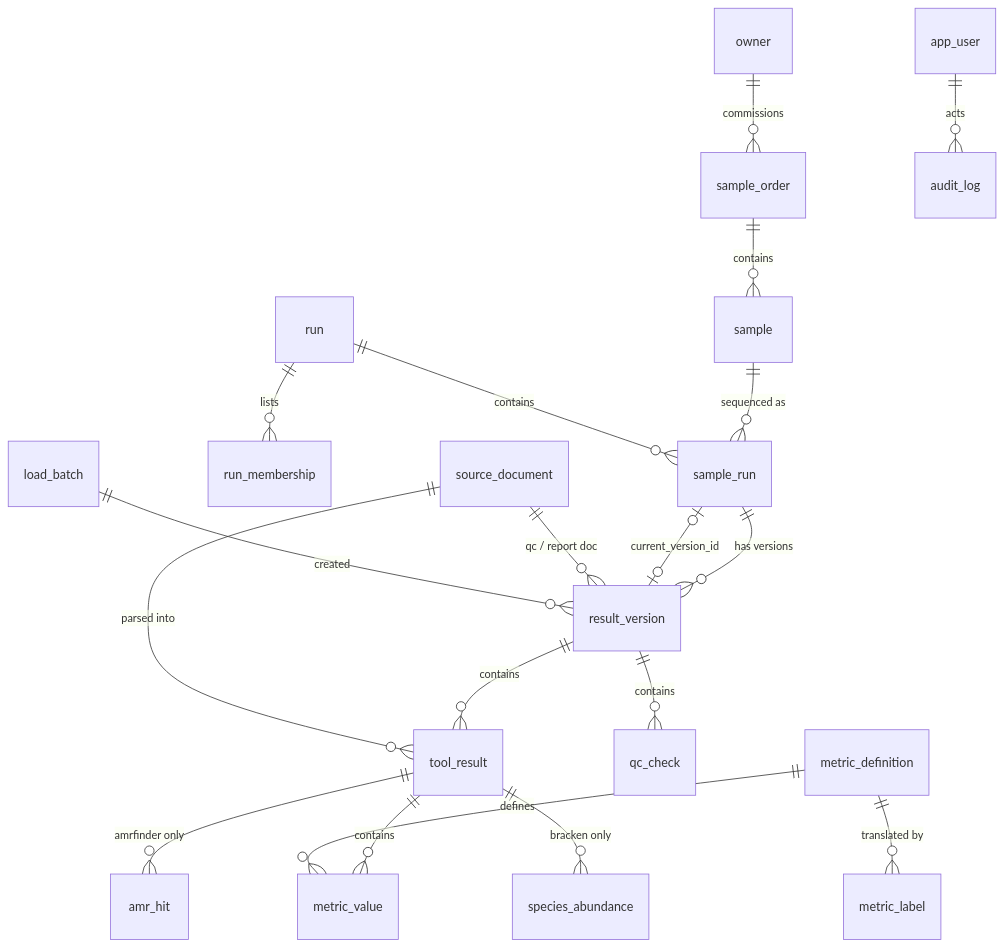
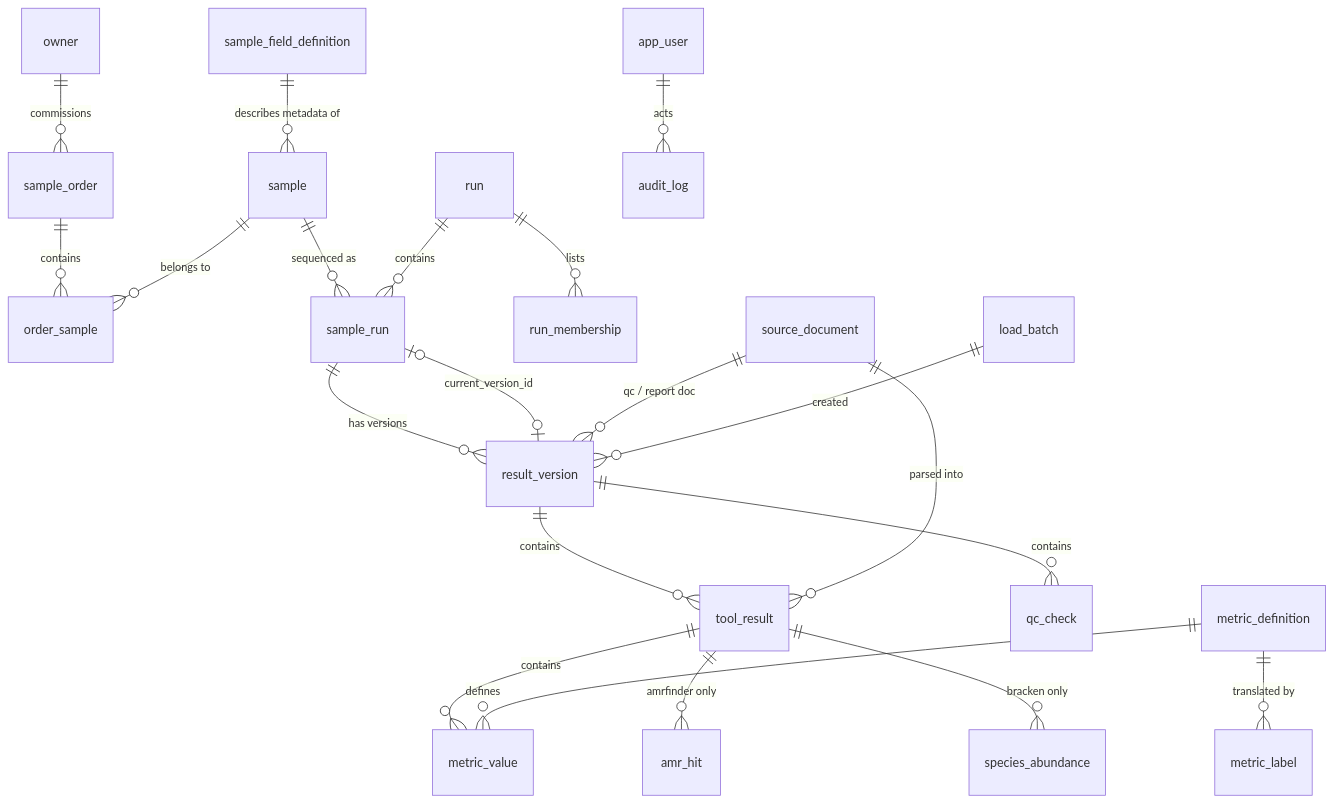
The diagram in docs/design/01-design.md (abomba/claude), drawn with Mermaid before and after one commit. The commit also changed other lines of this file, not shown here.

````diff
--- a/docs/design/01-design.md
+++ b/docs/design/01-design.md
@@ -44,21 +45,23 @@
 ```mermaid
 erDiagram
     owner ||--o{ sample_order : commissions
-    sample_order ||--o{ sample : contains
+    sample_order ||--o{ order_sample : contains
+    sample ||--o{ order_sample : "belongs to"
+    sample_field_definition ||--o{ sample : "describes metadata of"
     sample ||--o{ sample_run : "sequenced as"
     run ||--o{ sample_run : contains
     run ||--o{ run_membership : lists
     sample_run ||--o{ result_version : "has versions"
     sample_run |o--o| result_version : "current_version_id"
     result_version ||--o{ tool_result : contains
     result_version ||--o{ qc_check : contains
     tool_result ||--o{ metric_value : contains
     tool_result ||--o{ amr_hit : "amrfinder only"
     tool_result ||--o{ species_abundance : "bracken only"
     metric_definition ||--o{ metric_value : defines
     metric_definition ||--o{ metric_label : "translated by"
     source_document ||--o{ tool_result : "parsed into"
     source_document ||--o{ result_version : "qc / report doc"
     load_batch ||--o{ result_version : created
     app_user ||--o{ audit_log : acts
 ```
````
